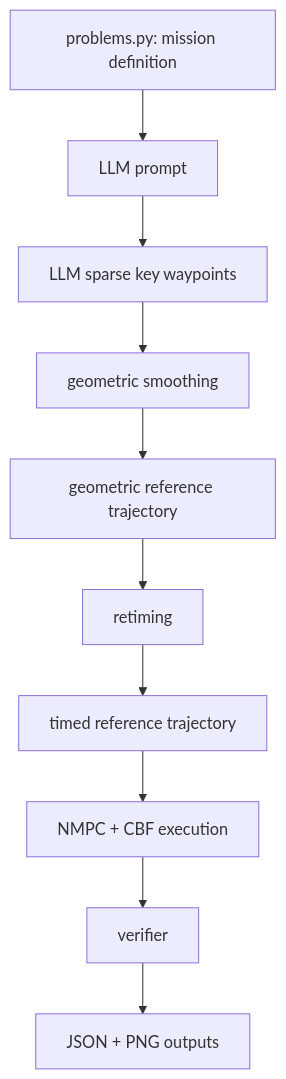
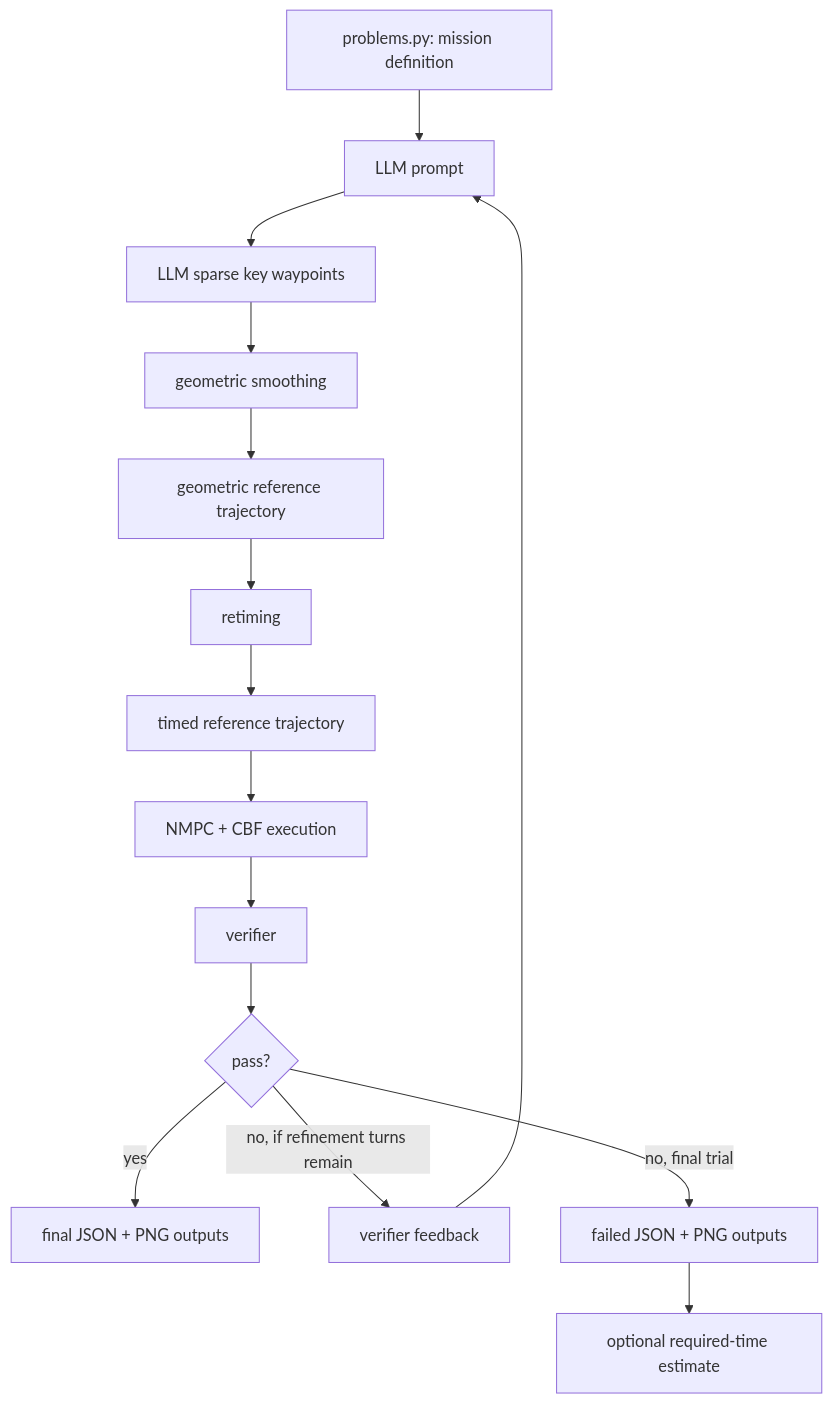
One commit to In00-HelloWorld/MovingObstacle_replanning_LLM changed the diagram in README.md. Above: the diagram before and after it, drawn with Mermaid. The commit also changed other lines of this file, not shown here.

Commit message:
Enhance README with refinement loop details
Updated flowchart in README to include refinement loop and feedback mechanism.

````diff
--- a/README.md
+++ b/README.md
@@ -10,12 +10,17 @@
 ```mermaid
 flowchart TD
     A["problems.py: mission definition"] --> B["LLM prompt"]
     B --> C["LLM sparse key waypoints"]
     C --> D["geometric smoothing"]
     D --> E["geometric reference trajectory"]
     E --> F["retiming"]
     F --> G["timed reference trajectory"]
     G --> H["NMPC + CBF execution"]
     H --> I["verifier"]
-    I --> J["JSON + PNG outputs"]
+    I --> J{"pass?"}
+    J -- "yes" --> K["final JSON + PNG outputs"]
+    J -- "no, if refinement turns remain" --> L["verifier feedback"]
+    L --> B
+    J -- "no, final trial" --> M["failed JSON + PNG outputs"]
+    M --> N["optional required-time estimate"]
 ```
````
